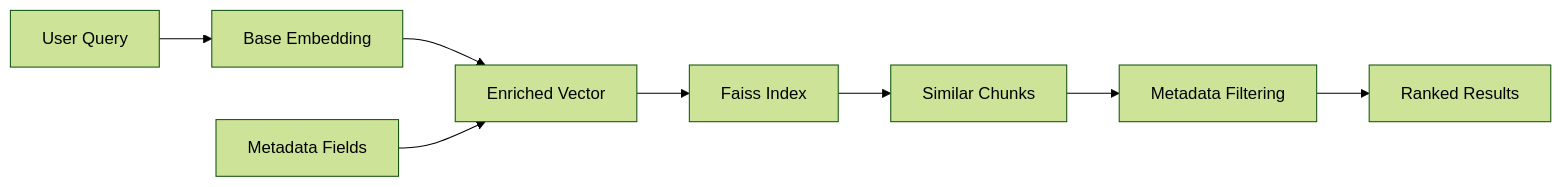
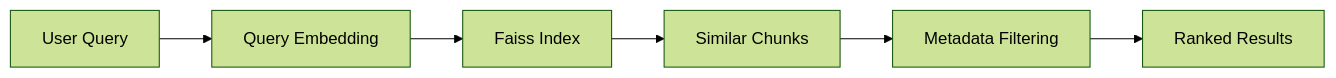
One commit to csmangum/cfr_tool changed the diagram in docs/Search.md. Above: the diagram before and after it, drawn with Mermaid (forest theme). The commit also changed other lines of this file and 2 other files, not shown here.

````diff
--- a/docs/Search.md
+++ b/docs/Search.md
@@ -18,10 +13,8 @@
 ```mermaid
 graph LR
-    A[User Query] --> B[Base Embedding]
-    B --> C[Enriched Vector]
-    M[Metadata Fields] --> C
-    C --> D[Faiss Index]
-    D --> E[Similar Chunks]
-    E --> F[Metadata Filtering]
-    F --> G[Ranked Results]
+    A[User Query] --> B[Query Embedding]
+    B --> C[Faiss Index]
+    C --> D[Similar Chunks]
+    D --> E[Metadata Filtering]
+    E --> F[Ranked Results]
 ```
````
